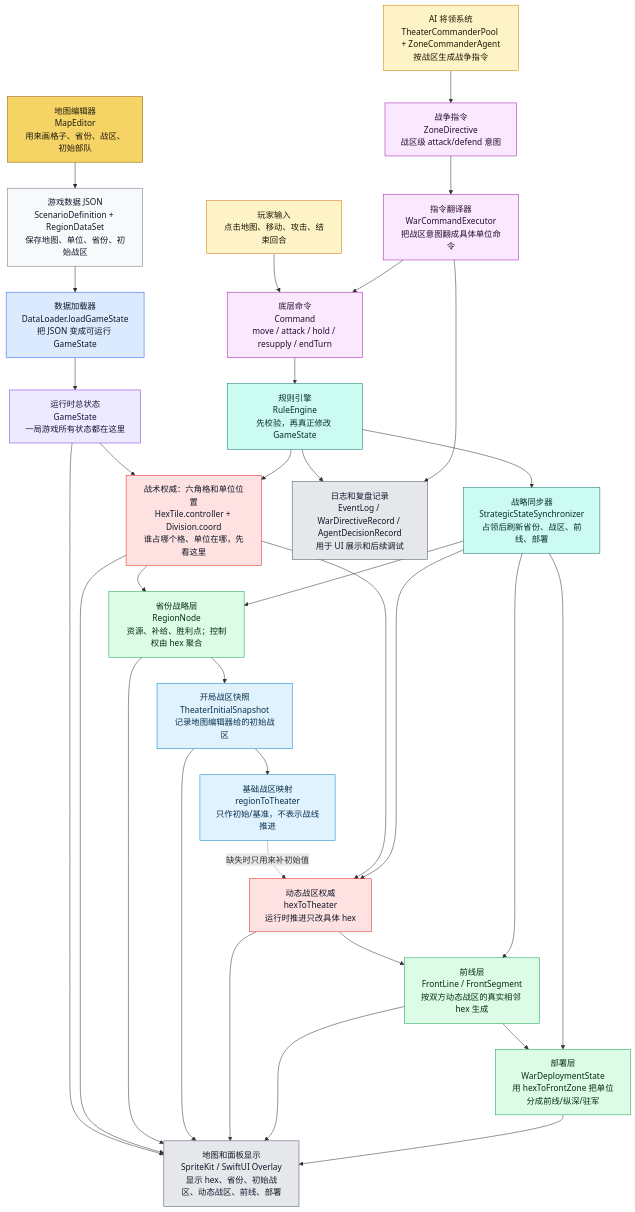
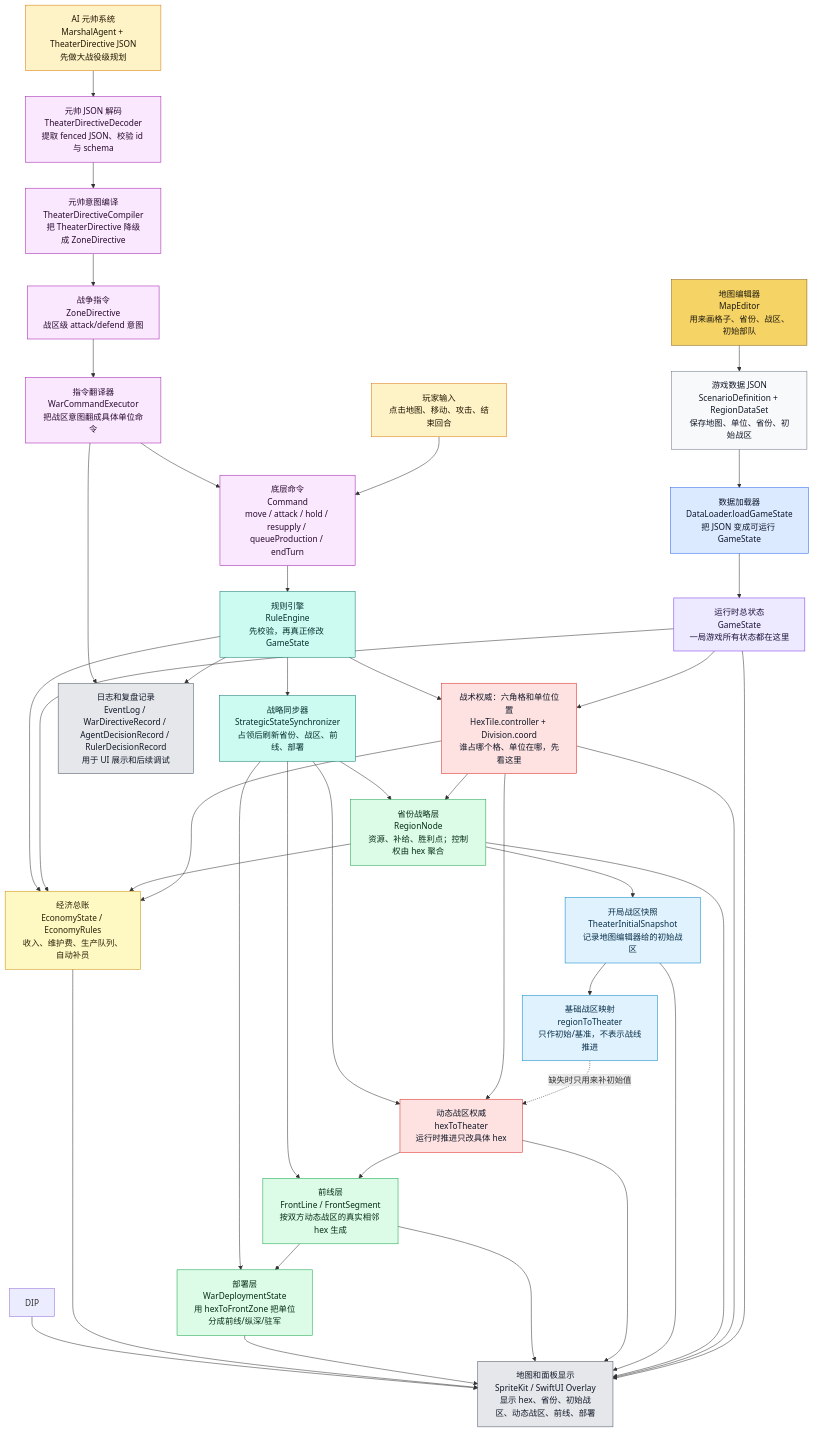
The first of 8 diagrams in md/flow/flowchart.md (Altman-sam114/121), drawn with Mermaid before and after one commit. The commit also changed other lines of this file and 66 other files, not shown here.

````diff
--- a/md/flow/flowchart.md
+++ b/md/flow/flowchart.md
@@ -29,66 +31,75 @@
 ```mermaid
 flowchart TD
     ME["地图编辑器<br/>MapEditor<br/>用来画格子、省份、战区、初始部队"]:::editor
     JSON["游戏数据 JSON<br/>ScenarioDefinition + RegionDataSet<br/>保存地图、单位、省份、初始战区"]:::data
     DL["数据加载器<br/>DataLoader.loadGameState<br/>把 JSON 变成可运行 GameState"]:::loader
     GS["运行时总状态<br/>GameState<br/>一局游戏所有状态都在这里"]:::state
 
     HEX["战术权威：六角格和单位位置<br/>HexTile.controller + Division.coord<br/>谁占哪个格、单位在哪，先看这里"]:::authority
     REGION["省份战略层<br/>RegionNode<br/>资源、补给、胜利点；控制权由 hex 聚合"]:::derived
     INIT["开局战区快照<br/>TheaterInitialSnapshot<br/>记录地图编辑器给的初始战区"]:::snapshot
     R2T["基础战区映射<br/>regionToTheater<br/>只作初始/基准，不表示战线推进"]:::snapshot
     H2T["动态战区权威<br/>hexToTheater<br/>运行时推进只改具体 hex"]:::authority
     FRONT["前线层<br/>FrontLine / FrontSegment<br/>按双方动态战区的真实相邻 hex 生成"]:::derived
     DEPLOY["部署层<br/>WarDeploymentState<br/>用 hexToFrontZone 把单位分成前线/纵深/驻军"]:::derived
-
+    ECO["经济总账<br/>EconomyState / EconomyRules<br/>收入、维护费、生产队列、自动补员"]:::economy
     PLAYER["玩家输入<br/>点击地图、移动、攻击、结束回合"]:::input
-    AI["AI 将领系统<br/>TheaterCommanderPool + ZoneCommanderAgent<br/>按战区生成战争指令"]:::input
+    AI["AI 元帅系统<br/>MarshalAgent + TheaterDirective JSON<br/>先做大战役级规划"]:::input
+    DEC["元帅 JSON 解码<br/>TheaterDirectiveDecoder<br/>提取 fenced JSON、校验 id 与 schema"]:::command
+    COMP["元帅意图编译<br/>TheaterDirectiveCompiler<br/>把 TheaterDirective 降级成 ZoneDirective"]:::command
     ZD["战争指令<br/>ZoneDirective<br/>战区级 attack/defend 意图"]:::command
     WCE["指令翻译器<br/>WarCommandExecutor<br/>把战区意图翻成具体单位命令"]:::command
-    CMD["底层命令<br/>Command<br/>move / attack / hold / resupply / endTurn"]:::command
+    CMD["底层命令<br/>Command<br/>move / attack / hold / resupply / queueProduction / endTurn"]:::command
     RE["规则引擎<br/>RuleEngine<br/>先校验，再真正修改 GameState"]:::rules
     SYNC["战略同步器<br/>StrategicStateSynchronizer<br/>占领后刷新省份、战区、前线、部署"]:::rules
 
     UI["地图和面板显示<br/>SpriteKit / SwiftUI Overlay<br/>显示 hex、省份、初始战区、动态战区、前线、部署"]:::ui
-    LOG["日志和复盘记录<br/>EventLog / WarDirectiveRecord / AgentDecisionRecord<br/>用于 UI 展示和后续调试"]:::ui
+    LOG["日志和复盘记录<br/>EventLog / WarDirectiveRecord / AgentDecisionRecord / RulerDecisionRecord<br/>用于 UI 展示和后续调试"]:::ui
 
     ME --> JSON --> DL --> GS
     GS --> HEX
     HEX --> REGION
+    HEX --> ECO
+    REGION --> ECO
     REGION --> INIT
     INIT --> R2T
     R2T -.->|缺失时只用来补初始值| H2T
     HEX --> H2T
     H2T --> FRONT --> DEPLOY
+    GS --> ECO
 
     PLAYER --> CMD
-    AI --> ZD --> WCE --> CMD
+    AI --> DEC --> COMP --> ZD --> WCE --> CMD
     CMD --> RE --> HEX
+    RE --> ECO
     RE --> SYNC
     SYNC --> REGION
     SYNC --> H2T
     SYNC --> FRONT
     SYNC --> DEPLOY
 
     GS --> UI
     HEX --> UI
     REGION --> UI
     INIT --> UI
     H2T --> UI
     FRONT --> UI
     DEPLOY --> UI
+    ECO --> UI
+    DIP --> UI
     RE --> LOG
     WCE --> LOG
 
     classDef editor fill:#f6d365,stroke:#8a5a00,color:#1f1b10
     classDef data fill:#f8f9fb,stroke:#6b7280,color:#111827
     classDef loader fill:#dbeafe,stroke:#2563eb,color:#0f172a
     classDef state fill:#ede9fe,stroke:#7c3aed,color:#1f143d
     classDef authority fill:#fee2e2,stroke:#dc2626,color:#111827
     classDef derived fill:#dcfce7,stroke:#16a34a,color:#052e16
     classDef snapshot fill:#e0f2fe,stroke:#0284c7,color:#082f49
     classDef input fill:#fef3c7,stroke:#d97706,color:#1f1600
+    classDef economy fill:#fef9c3,stroke:#ca8a04,color:#292107
     classDef command fill:#fae8ff,stroke:#a21caf,color:#2a0a2f
     classDef rules fill:#ccfbf1,stroke:#0f766e,color:#042f2e
     classDef ui fill:#e5e7eb,stroke:#4b5563,color:#111827
 ```
````
